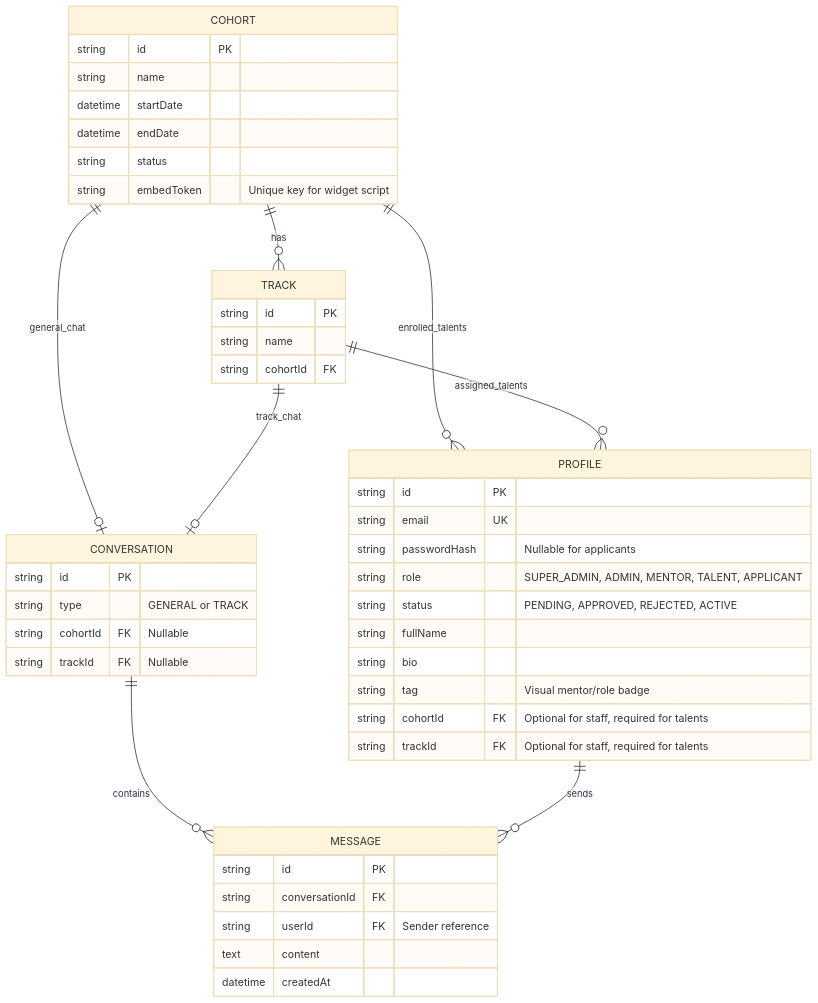
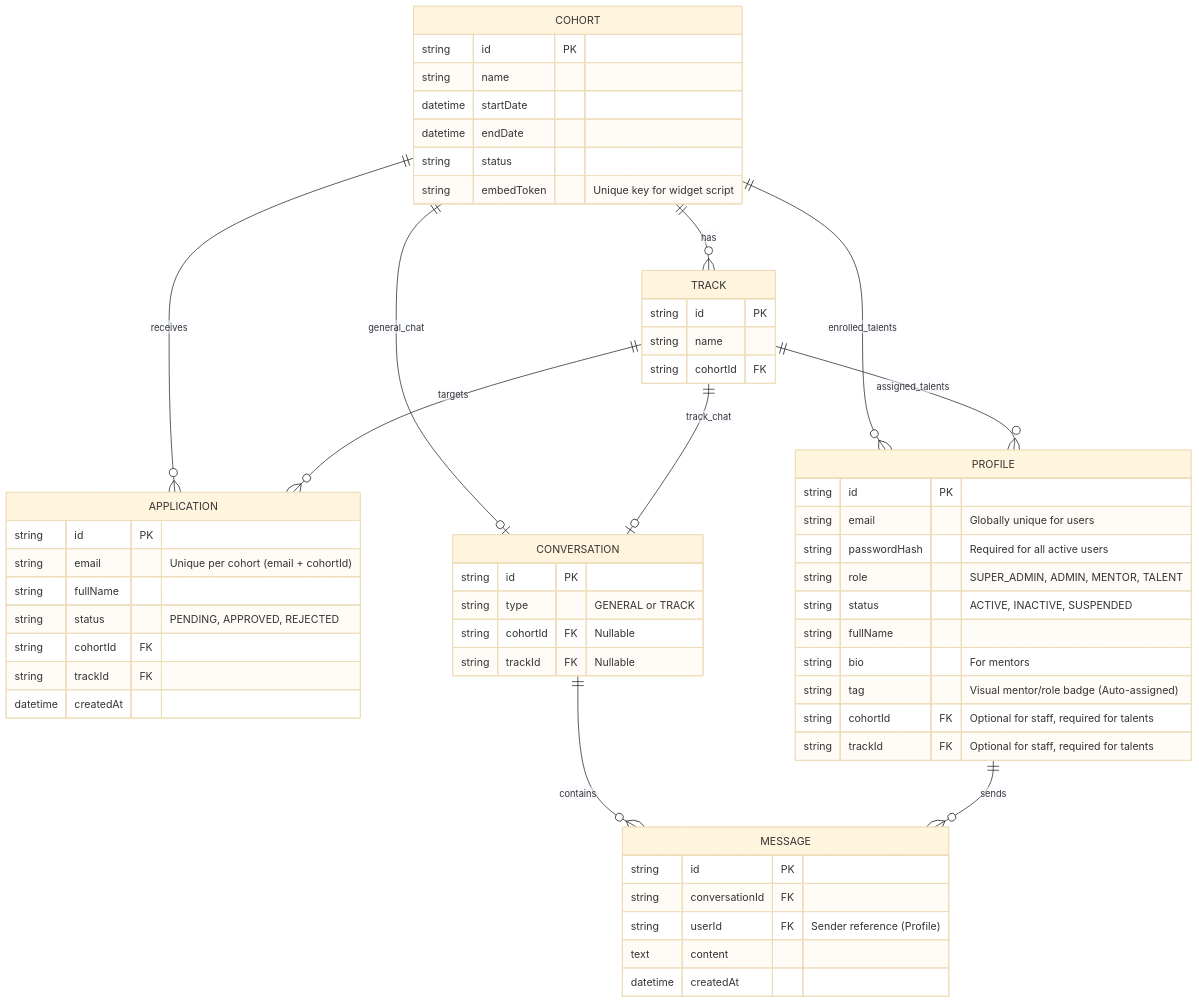
The diagram in docs/ERD.md (tanimowodavid/ctms), drawn with Mermaid (base theme) before and after one commit. The commit also changed 2 other files, not shown here.

Commit message:
fix: separate applications from profile

````diff
--- a/docs/ERD.md
+++ b/docs/ERD.md
@@ -1,53 +1,65 @@
 ```mermaid
 erDiagram
-COHORT {
-string id PK
-string name
-datetime startDate
-datetime endDate
-string status
-string embedToken "Unique key for widget script"
-}
+    COHORT {
+        string id PK
+        string name
+        datetime startDate
+        datetime endDate
+        string status
+        string embedToken "Unique key for widget script"
+    }
 
     TRACK {
         string id PK
         string name
         string cohortId FK
     }
 
+    APPLICATION {
+        string id PK
+        string email "Unique per cohort (email + cohortId)"
+        string fullName
+        string status "PENDING, APPROVED, REJECTED"
+        string cohortId FK
+        string trackId FK
+        datetime createdAt
+    }
+
     PROFILE {
         string id PK
-        string email UK
-        string passwordHash "Nullable for applicants"
-        string role "SUPER_ADMIN, ADMIN, MENTOR, TALENT, APPLICANT"
-        string status "PENDING, APPROVED, REJECTED, ACTIVE"
+        string email "Globally unique for users"
+        string passwordHash "Required for all active users"
+        string role "SUPER_ADMIN, ADMIN, MENTOR, TALENT"
+        string status "ACTIVE, INACTIVE, SUSPENDED"
         string fullName
-        string bio
-        string tag "Visual mentor/role badge"
+        string bio "For mentors"
+        string tag "Visual mentor/role badge (Auto-assigned)"
         string cohortId FK "Optional for staff, required for talents"
         string trackId FK "Optional for staff, required for talents"
     }
 
     CONVERSATION {
         string id PK
         string type "GENERAL or TRACK"
         string cohortId FK "Nullable"
         string trackId FK "Nullable"
     }
 
     MESSAGE {
         string id PK
         string conversationId FK
-        string userId FK "Sender reference"
+        string userId FK "Sender reference (Profile)"
         text content
         datetime createdAt
     }
 
     COHORT ||--o{ TRACK : "has"
+    COHORT ||--o{ APPLICATION : "receives"
+    TRACK ||--o{ APPLICATION : "targets"
     COHORT ||--o{ PROFILE : "enrolled_talents"
     TRACK ||--o{ PROFILE : "assigned_talents"
     COHORT ||--o| CONVERSATION : "general_chat"
     TRACK ||--o| CONVERSATION : "track_chat"
     CONVERSATION ||--o{ MESSAGE : "contains"
     PROFILE ||--o{ MESSAGE : "sends"
 ```
````
